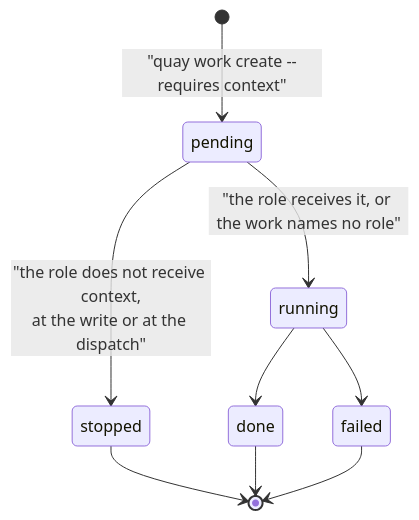
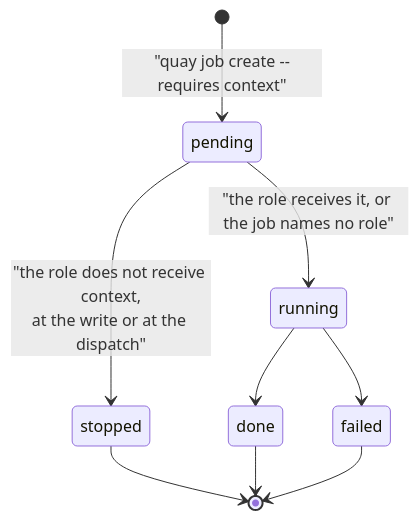
The second of 19 diagrams in docs/ORCHESTRATION.md (atlantic-blue/quay-crew), drawn with Mermaid before and after one commit. The commit also changed other lines of this file and 222 other files, not shown here.

Commit message:
refactor: declared intent is a job, not work

````diff
--- a/docs/ORCHESTRATION.md
+++ b/docs/ORCHESTRATION.md
@@ -225,11 +225,11 @@
 ```mermaid
 stateDiagram-v2
-    [*] --> pending: "quay work create --requires context"
+    [*] --> pending: "quay job create --requires context"
     pending --> stopped: "the role does not receive context,<br/>at the write or at the dispatch"
-    pending --> running: "the role receives it, or the work names no role"
+    pending --> running: "the role receives it, or the job names no role"
     running --> done
     running --> failed
     stopped --> [*]
     done --> [*]
     failed --> [*]
 ```
````
